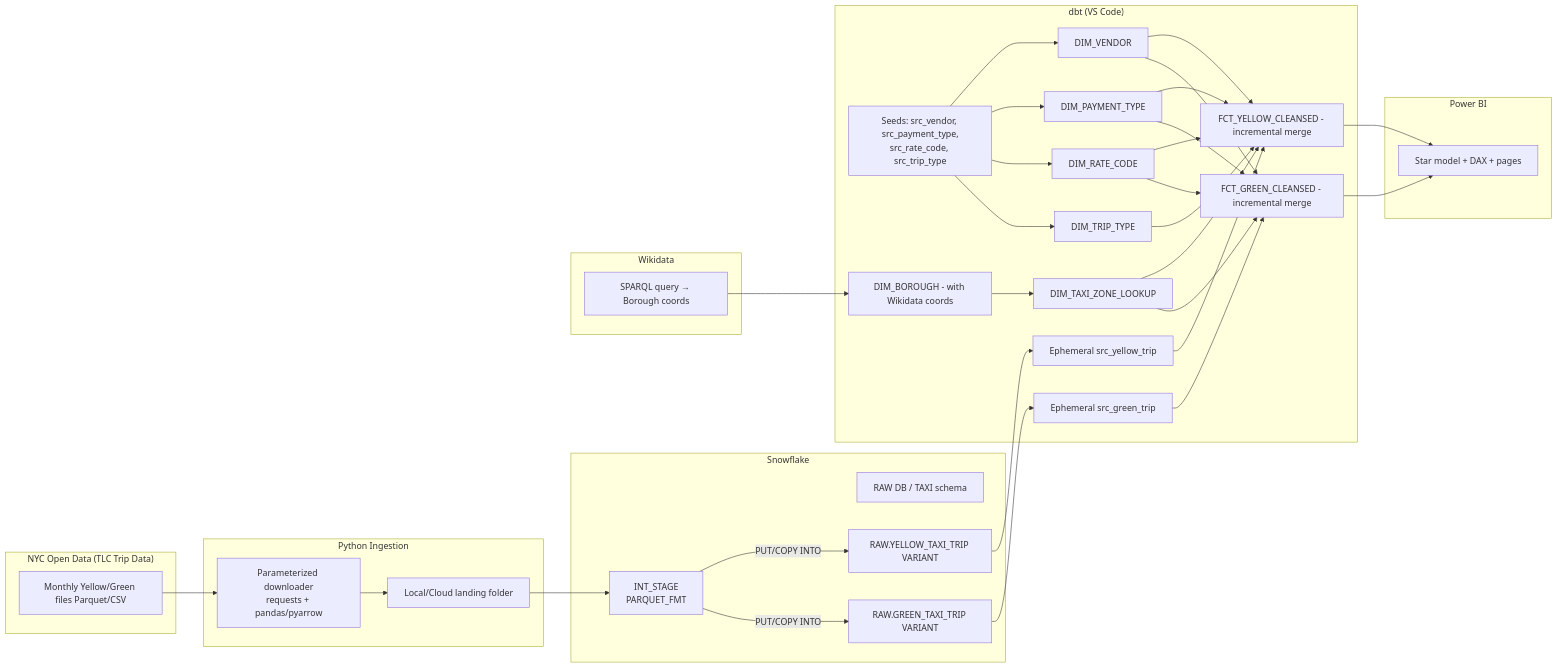
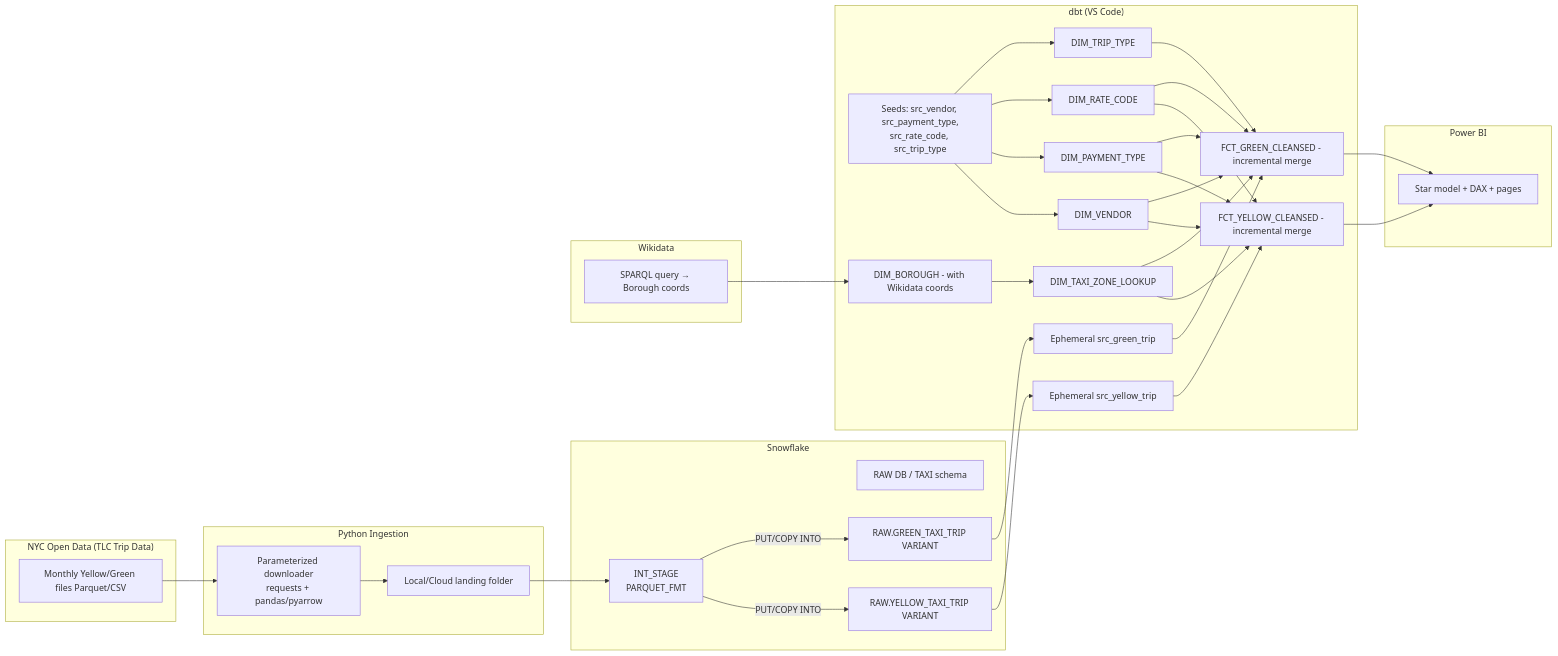
Before and after one commit to Bensha93/nyc-taxi-dbt-snowflakes-: the first of 3 diagrams in README.md, drawn with Mermaid.

Commit message:
Official Project Readme update

````diff
--- a/README.md
+++ b/README.md
@@ -22,55 +22,56 @@
 ```mermaid
 flowchart LR
   subgraph Web["NYC Open Data (TLC Trip Data)"]
     A[Monthly Yellow/Green files Parquet/CSV]
   end
 
   subgraph Py["Python Ingestion"]
     B[Parameterized downloader<br/>requests + pandas/pyarrow]
     B2[Local/Cloud landing folder]
   end
 
   subgraph SF["Snowflake"]
     C[RAW DB / TAXI schema]
     S[INT_STAGE<br/> PARQUET_FMT]
     RY[RAW.YELLOW_TAXI_TRIP VARIANT]
     RG[RAW.GREEN_TAXI_TRIP VARIANT]
   end
 
   subgraph DBT["dbt (VS Code)"]
     E1[Ephemeral src_yellow_trip]
     E2[Ephemeral src_green_trip]
     L1[Seeds: src_vendor, src_payment_type,<br/>src_rate_code, src_trip_type]
     D1[DIM_VENDOR]
     D2[DIM_PAYMENT_TYPE]
     D3[DIM_RATE_CODE]
     D4[DIM_TRIP_TYPE]
     DZ[DIM_TAXI_ZONE_LOOKUP]
     DBORO[DIM_BOROUGH - with Wikidata coords]
     FY[FCT_YELLOW_CLEANSED - incremental merge]
     FG[FCT_GREEN_CLEANSED - incremental merge]
   end
 
   subgraph GEO["Wikidata"]
     WQ[SPARQL query → Borough coords]
   end
 
   subgraph BI["Power BI"]
     PB[Star model + DAX + pages]
   end
 
   A --> B --> B2 --> S
   S -->|PUT/COPY INTO| RY
   S -->|PUT/COPY INTO| RG
   WQ --> DBORO
   RY --> E1 --> FY
   RG --> E2 --> FG
   L1 --> D1 & D2 & D3 & D4
-  D1 & D2 & D3 & D4 --> FY
-  D1 & D2 & D3 --> FG
+  %% Trip Type connects ONLY to Green
+  D1 & D2 & D3 --> FY
+  D1 & D2 & D3 & D4 --> FG
   DZ --> FY
   DZ --> FG
   DBORO --> DZ
   FY --> PB
   FG --> PB
 ```
````
